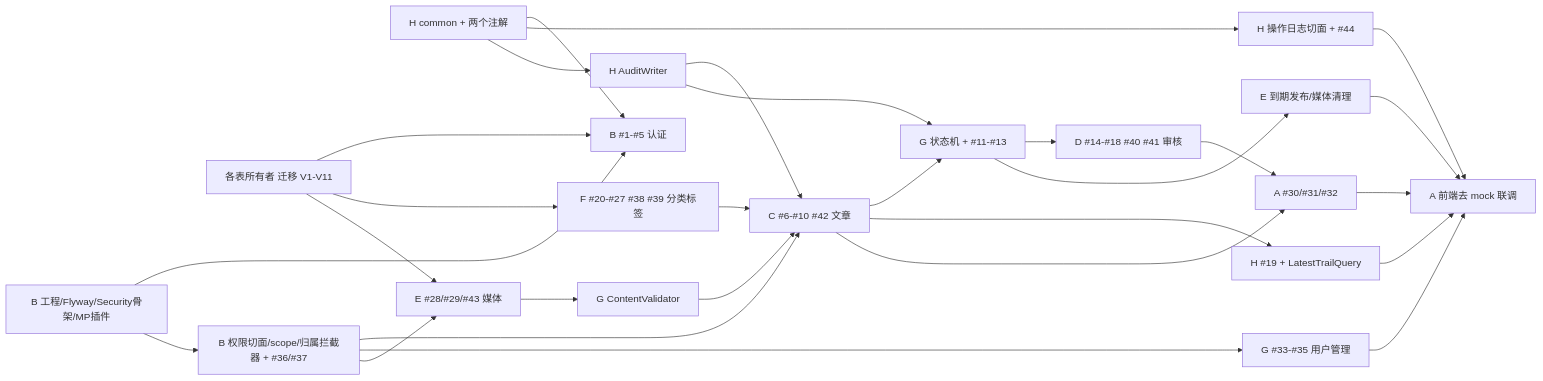
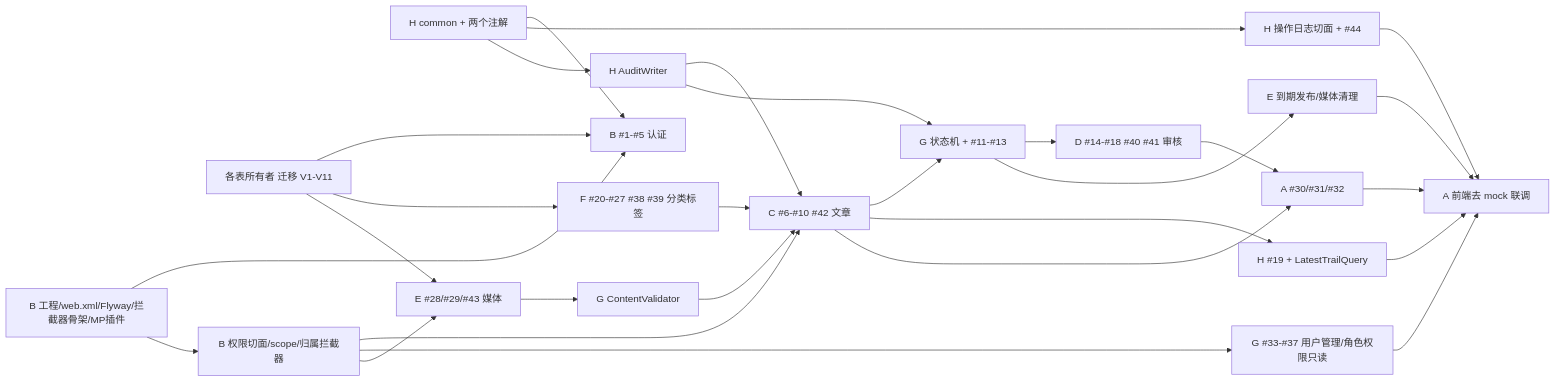
One commit to LIangZH-RT/CMS-TeamWork changed the diagram in doc/context/team-division.md. Above: the diagram before and after it, drawn with Mermaid. The commit also changed other lines of this file and 1 other file, not shown here.

````diff
--- a/doc/context/team-division.md
+++ b/doc/context/team-division.md
@@ -402,30 +406,30 @@
 ```mermaid
 graph LR
-  M0B[B 工程/Flyway/Security骨架/MP插件] --> M1Auth[B #1-#5 认证]
+  M0B[B 工程/web.xml/Flyway/拦截器骨架/MP插件] --> M1Auth[B #1-#5 认证]
   M0H[H common + 两个注解] --> M1Auth
   M0Def[各表所有者 迁移 V1-V11] --> M1Auth
-  M0B --> Gate[B 权限切面/scope/归属拦截器 + #36/#37]
+  M0B --> Gate[B 权限切面/scope/归属拦截器]
   M0H --> Oplog[H 操作日志切面 + #44]
   M0Def --> Tax[F #20-#27 #38 #39 分类标签]
   M0H --> AW[H AuditWriter]
   Gate --> Art[C #6-#10 #42 文章]
   Tax --> Art
   AW --> Art
-  Gate --> User[G #33-#35 用户管理]
+  Gate --> User[G #33-#37 用户管理/角色权限只读]
   M0Def --> Media[E #28/#29/#43 媒体]
   Gate --> Media
   Media --> CV[G ContentValidator]
   CV --> Art
   Art --> SM[G 状态机 + #11-#13]
   AW --> SM
   SM --> Rev[D #14-#18 #40 #41 审核]
   SM --> Job[E 到期发布/媒体清理]
   Art --> Trail[H #19 + LatestTrailQuery]
   Art --> Pub[A #30/#31/#32]
   Rev --> Pub
   Pub --> FE[A 前端去 mock 联调]
   Trail --> FE
   Job --> FE
   User --> FE
   Oplog --> FE
 ```
````
